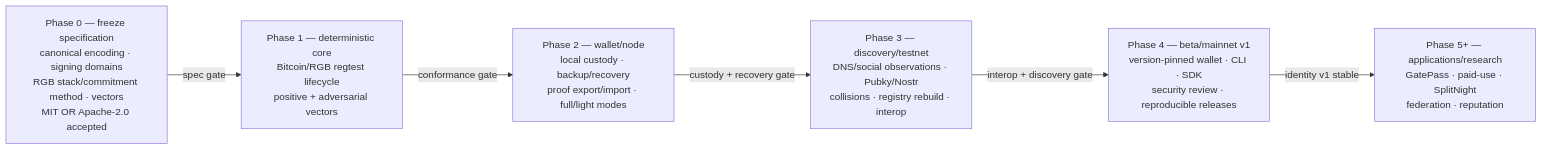
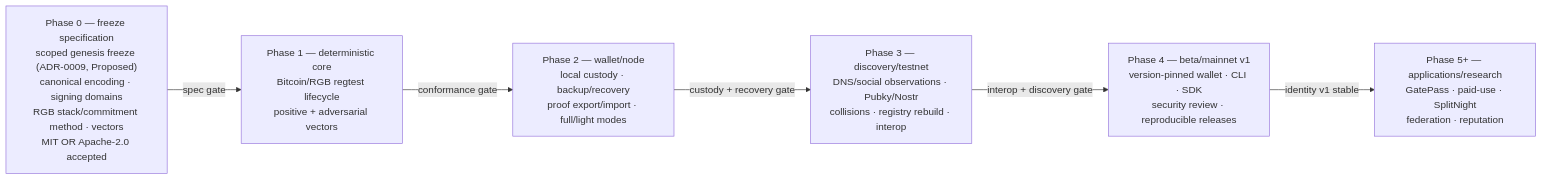
One commit to EdwinKestler/o2a-protocol changed the first of 2 diagrams in docs/diagrams/06-deployment-pipeline.md. Above: the diagram before and after it, drawn with Mermaid. The commit also changed other lines of this file and 7 other files, not shown here.

````diff
--- a/docs/diagrams/06-deployment-pipeline.md
+++ b/docs/diagrams/06-deployment-pipeline.md
@@ -5,15 +10,15 @@
 ```mermaid
 flowchart LR
-    P0["Phase 0 — freeze specification<br/>canonical encoding · signing domains<br/>RGB stack/commitment method · vectors<br/>MIT OR Apache-2.0 accepted"]
+    P0["Phase 0 — freeze specification<br/>scoped genesis freeze (ADR-0009, Proposed)<br/>canonical encoding · signing domains<br/>RGB stack/commitment method · vectors<br/>MIT OR Apache-2.0 accepted"]
     P1["Phase 1 — deterministic core<br/>Bitcoin/RGB regtest lifecycle<br/>positive + adversarial vectors"]
     P2["Phase 2 — wallet/node<br/>local custody · backup/recovery<br/>proof export/import · full/light modes"]
     P3["Phase 3 — discovery/testnet<br/>DNS/social observations · Pubky/Nostr<br/>collisions · registry rebuild · interop"]
     P4["Phase 4 — beta/mainnet v1<br/>version-pinned wallet · CLI · SDK<br/>security review · reproducible releases"]
     P5["Phase 5+ — applications/research<br/>GatePass · paid-use · SplitNight<br/>federation · reputation"]
 
     P0 -->|"spec gate"| P1
     P1 -->|"conformance gate"| P2
     P2 -->|"custody + recovery gate"| P3
     P3 -->|"interop + discovery gate"| P4
     P4 -->|"identity v1 stable"| P5
 ```
````
